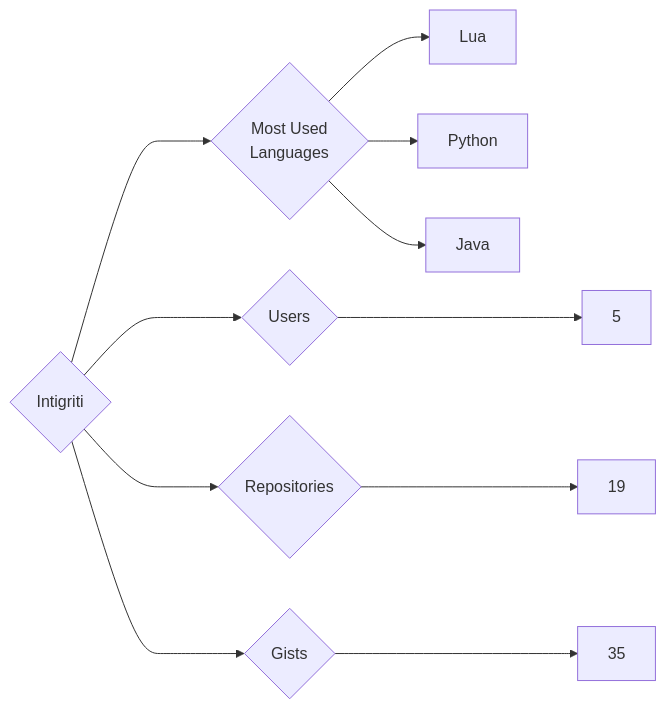
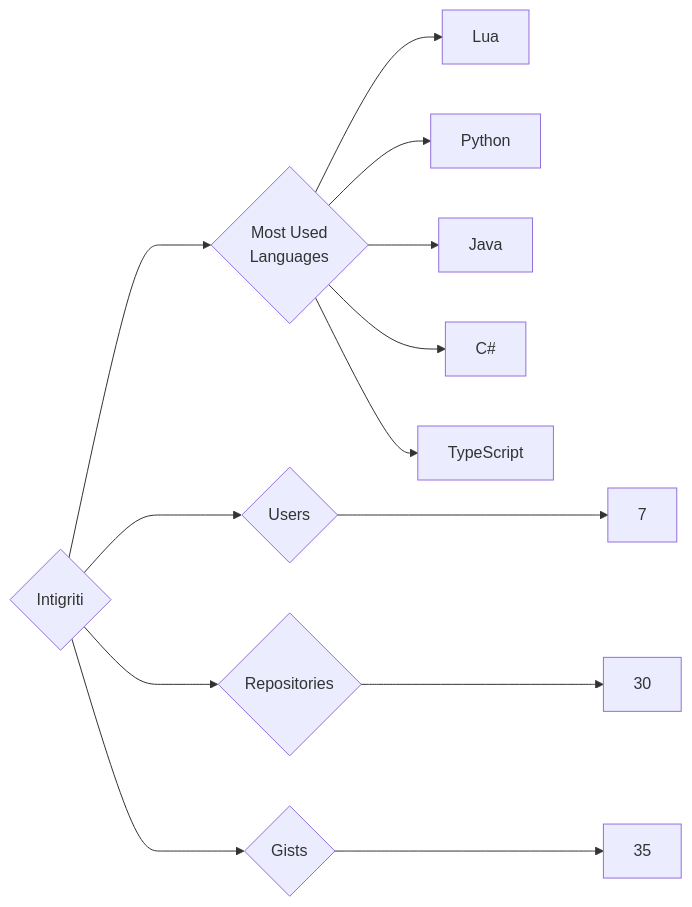
The diagram in targets/Intigriti/README.md (trickest/insiders), drawn with Mermaid before and after one commit. The commit also changed 1195 other files, not shown here.

````diff
--- a/targets/Intigriti/README.md
+++ b/targets/Intigriti/README.md
@@ -3,11 +3,13 @@
 ```mermaid
 graph LR
 COMPANY_NAME{Intigriti}
-COMPANY_NAME ---> U{Users} ---> UN[5]
-COMPANY_NAME ---> R{Repositories} ---> RN[19]
+COMPANY_NAME ---> U{Users} ---> UN[7]
+COMPANY_NAME ---> R{Repositories} ---> RN[30]
 COMPANY_NAME ---> G{Gists} ---> GN[35]
 COMPANY_NAME ---> ML{Most Used<br>Languages}
 ML --> Lua[Lua]
 ML --> Python[Python]
 ML --> Java[Java]
+ML --> C#[C#]
+ML --> TypeScript[TypeScript]
 ```
````
